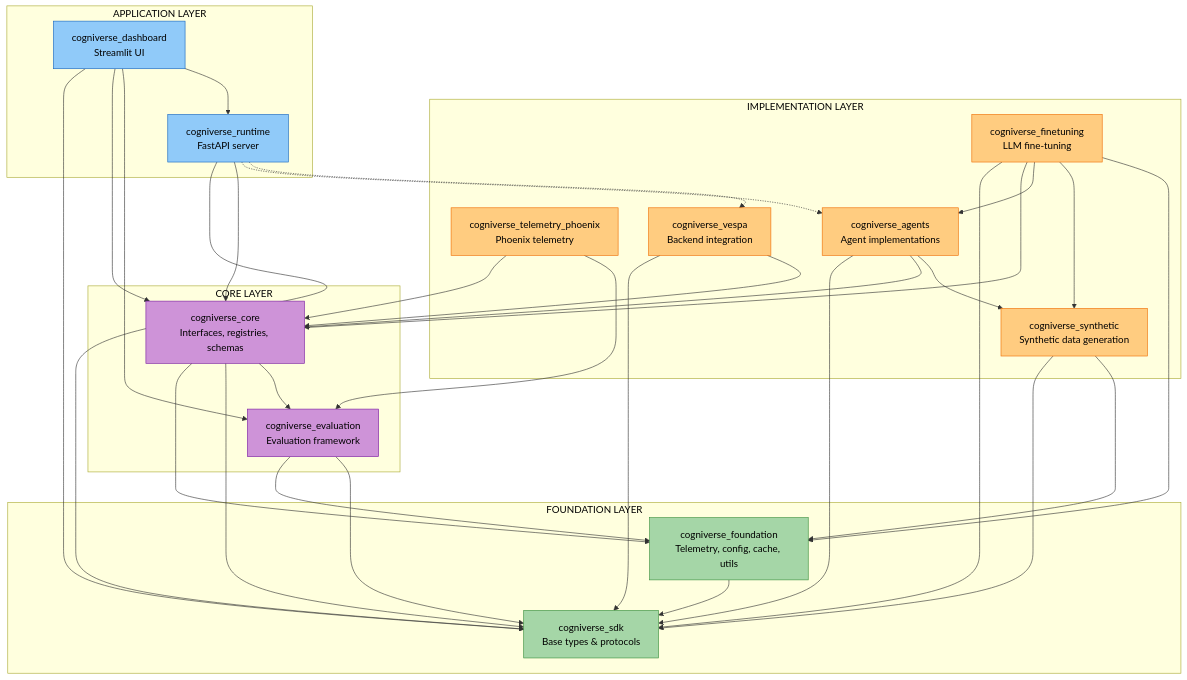
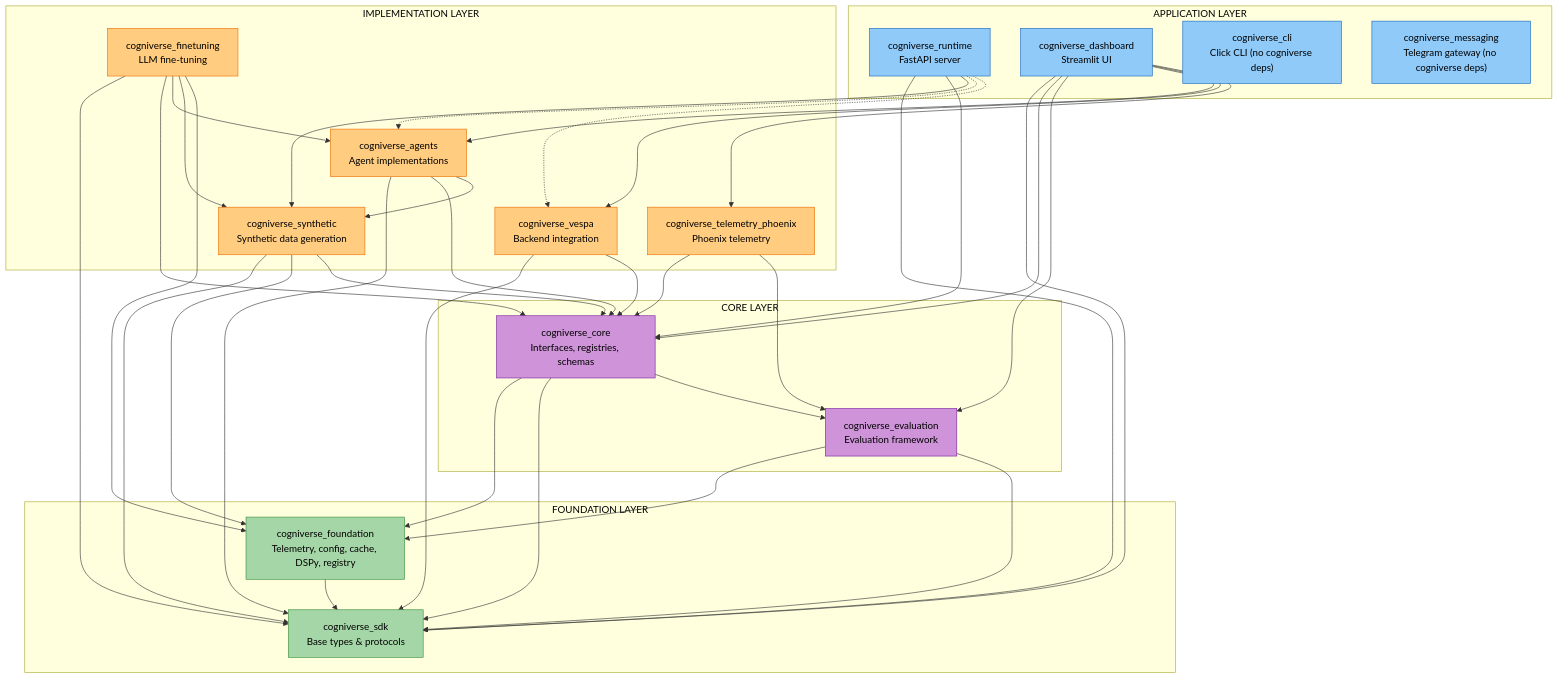
Before and after one commit to amit-jain/cogniverse: the diagram in docs/development/package-dev.md, drawn with Mermaid. The commit also changed other lines of this file and 119 other files, not shown here.

````diff
--- a/docs/development/package-dev.md
+++ b/docs/development/package-dev.md
@@ -162,68 +193,76 @@
 ```mermaid
 flowchart TB
     subgraph Foundation["<span style='color:#000'>FOUNDATION LAYER</span>"]
         SDK["<span style='color:#000'>cogniverse_sdk<br/>Base types & protocols</span>"]
-        FoundationPkg["<span style='color:#000'>cogniverse_foundation<br/>Telemetry, config, cache, utils</span>"]
+        FoundationPkg["<span style='color:#000'>cogniverse_foundation<br/>Telemetry, config, cache, DSPy, registry</span>"]
     end
 
     subgraph Core["<span style='color:#000'>CORE LAYER</span>"]
         Evaluation["<span style='color:#000'>cogniverse_evaluation<br/>Evaluation framework</span>"]
         CorePkg["<span style='color:#000'>cogniverse_core<br/>Interfaces, registries, schemas</span>"]
     end
 
     subgraph Implementation["<span style='color:#000'>IMPLEMENTATION LAYER</span>"]
         TelemetryPhoenix["<span style='color:#000'>cogniverse_telemetry_phoenix<br/>Phoenix telemetry</span>"]
         Agents["<span style='color:#000'>cogniverse_agents<br/>Agent implementations</span>"]
         Vespa["<span style='color:#000'>cogniverse_vespa<br/>Backend integration</span>"]
         Synthetic["<span style='color:#000'>cogniverse_synthetic<br/>Synthetic data generation</span>"]
         Finetuning["<span style='color:#000'>cogniverse_finetuning<br/>LLM fine-tuning</span>"]
     end
 
     subgraph Application["<span style='color:#000'>APPLICATION LAYER</span>"]
         Runtime["<span style='color:#000'>cogniverse_runtime<br/>FastAPI server</span>"]
         Dashboard["<span style='color:#000'>cogniverse_dashboard<br/>Streamlit UI</span>"]
+        CLI["<span style='color:#000'>cogniverse_cli<br/>Click CLI (no cogniverse deps)</span>"]
+        Messaging["<span style='color:#000'>cogniverse_messaging<br/>Telegram gateway (no cogniverse deps)</span>"]
     end
 
     FoundationPkg --> SDK
     Evaluation --> FoundationPkg
     Evaluation --> SDK
     CorePkg --> FoundationPkg
     CorePkg --> SDK
     CorePkg --> Evaluation
 
     TelemetryPhoenix --> CorePkg
     TelemetryPhoenix --> Evaluation
     Agents --> SDK
     Agents --> CorePkg
     Agents --> Synthetic
     Vespa --> SDK
     Vespa --> CorePkg
     Synthetic --> SDK
     Synthetic --> FoundationPkg
+    Synthetic --> CorePkg
     Finetuning --> SDK
     Finetuning --> CorePkg
     Finetuning --> Agents
     Finetuning --> Synthetic
     Finetuning --> FoundationPkg
 
     Runtime --> SDK
     Runtime --> CorePkg
+    Runtime --> Synthetic
     Runtime -.-> Agents
     Runtime -.-> Vespa
     Dashboard --> SDK
     Dashboard --> CorePkg
     Dashboard --> Evaluation
-    Dashboard --> Runtime
+    Dashboard --> Agents
+    Dashboard --> Vespa
+    Dashboard --> TelemetryPhoenix
 
     style SDK fill:#a5d6a7,stroke:#388e3c,color:#000
     style FoundationPkg fill:#a5d6a7,stroke:#388e3c,color:#000
     style Evaluation fill:#ce93d8,stroke:#7b1fa2,color:#000
     style CorePkg fill:#ce93d8,stroke:#7b1fa2,color:#000
     style TelemetryPhoenix fill:#ffcc80,stroke:#ef6c00,color:#000
     style Agents fill:#ffcc80,stroke:#ef6c00,color:#000
     style Vespa fill:#ffcc80,stroke:#ef6c00,color:#000
     style Synthetic fill:#ffcc80,stroke:#ef6c00,color:#000
     style Finetuning fill:#ffcc80,stroke:#ef6c00,color:#000
     style Runtime fill:#90caf9,stroke:#1565c0,color:#000
     style Dashboard fill:#90caf9,stroke:#1565c0,color:#000
+    style CLI fill:#90caf9,stroke:#1565c0,color:#000
+    style Messaging fill:#90caf9,stroke:#1565c0,color:#000
 ```
````
